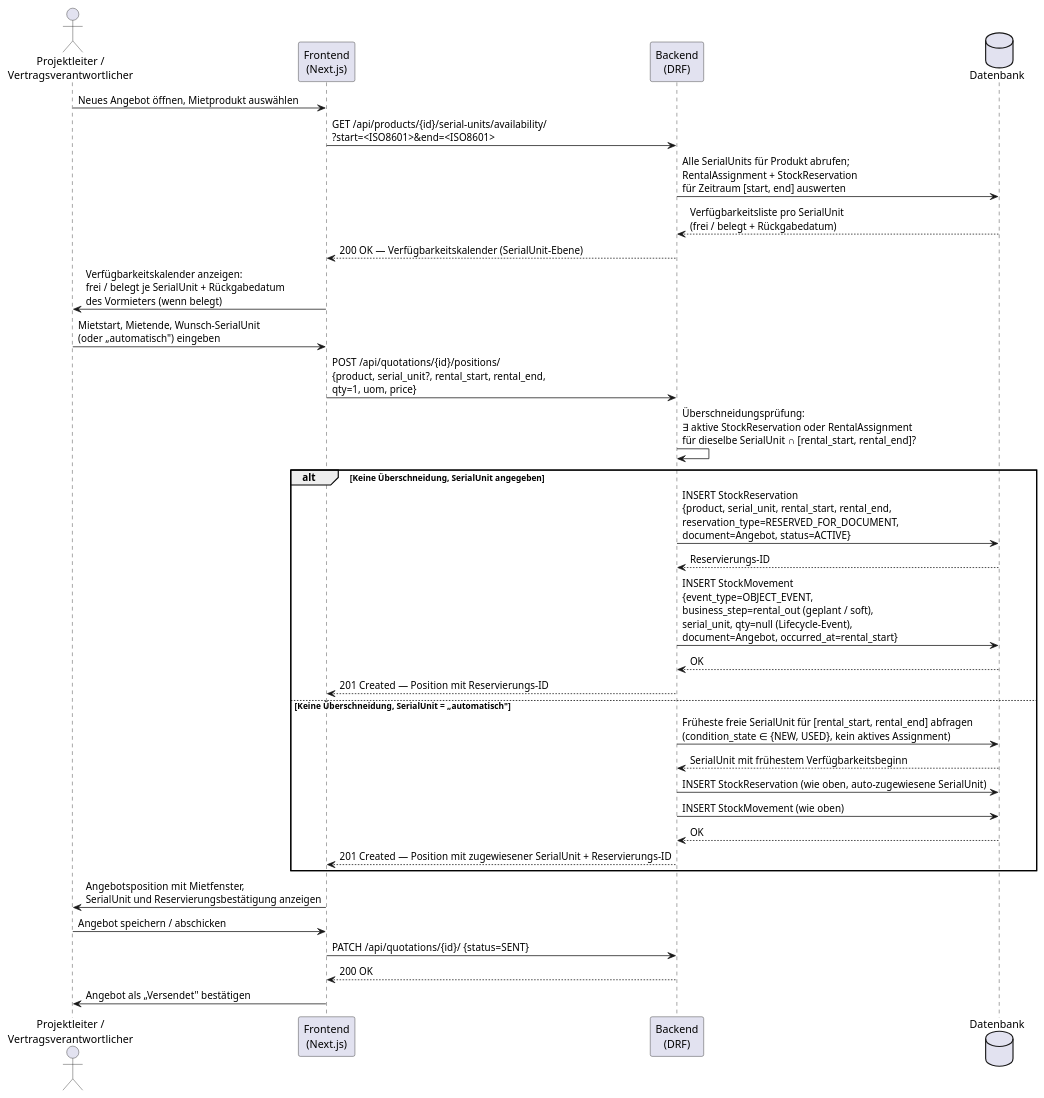
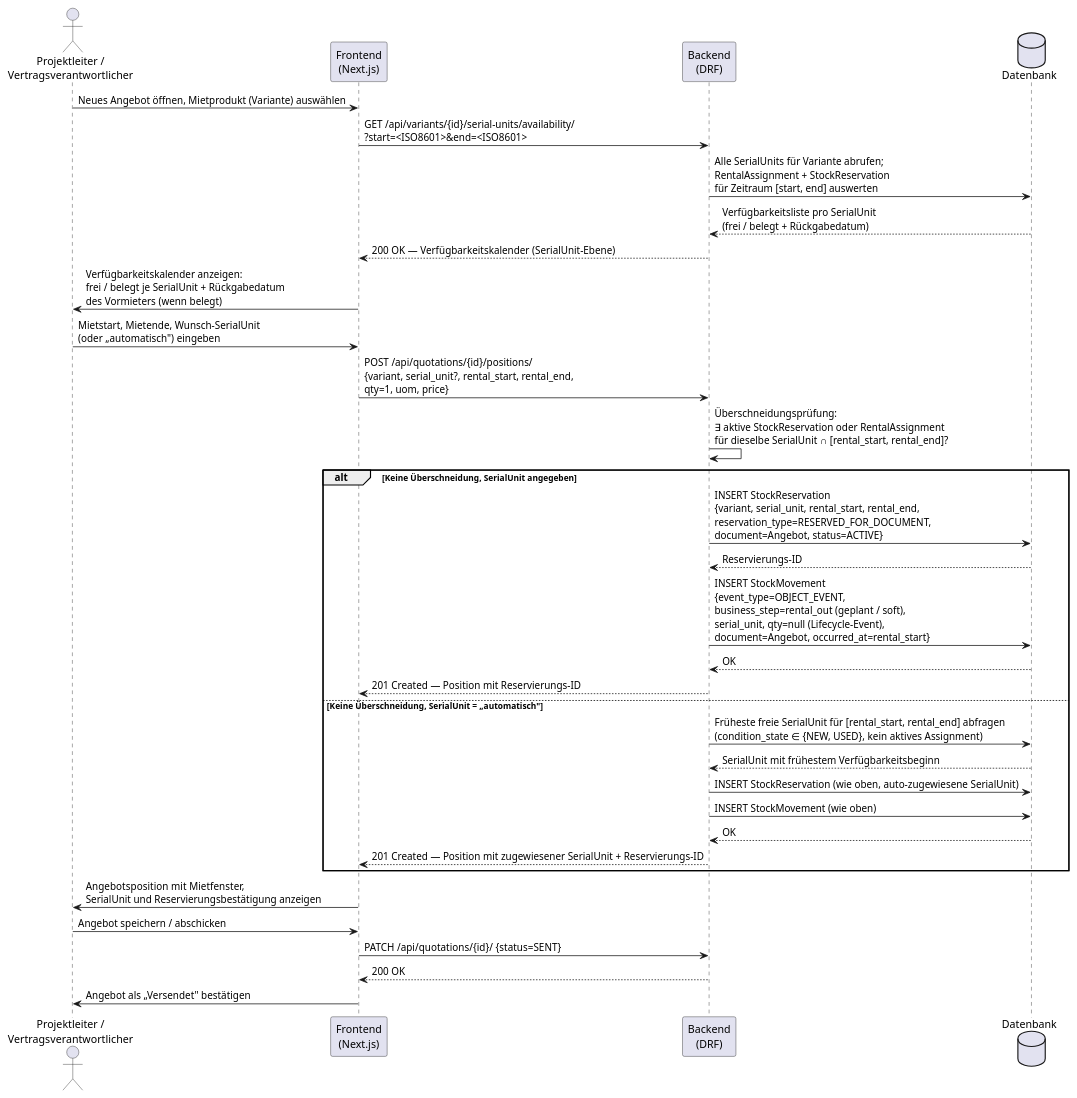
Before and after one commit to KoalixSwitzerland/koalixcrm_system: the diagram in use_cases/use_case_0007.md, drawn with PlantUML. The commit also changed other lines of this file and 21 other files, not shown here.

````diff
--- a/use_cases/use_case_0007.md
+++ b/use_cases/use_case_0007.md
@@ -31,41 +31,41 @@
 ```plantuml
 @startuml UC-0007-Hauptablauf
 actor "Projektleiter /\nVertragsverantwortlicher" as PL
 participant "Frontend\n(Next.js)" as FE
 participant "Backend\n(DRF)" as BE
 database "Datenbank" as DB
 
-PL -> FE : Neues Angebot öffnen, Mietprodukt auswählen
-FE -> BE : GET /api/products/{id}/serial-units/availability/\n?start=<ISO8601>&end=<ISO8601>
-BE -> DB : Alle SerialUnits für Produkt abrufen;\nRentalAssignment + StockReservation\nfür Zeitraum [start, end] auswerten
+PL -> FE : Neues Angebot öffnen, Mietprodukt (Variante) auswählen
+FE -> BE : GET /api/variants/{id}/serial-units/availability/\n?start=<ISO8601>&end=<ISO8601>
+BE -> DB : Alle SerialUnits für Variante abrufen;\nRentalAssignment + StockReservation\nfür Zeitraum [start, end] auswerten
 DB --> BE : Verfügbarkeitsliste pro SerialUnit\n(frei / belegt + Rückgabedatum)
 BE --> FE : 200 OK — Verfügbarkeitskalender (SerialUnit-Ebene)
 
 FE -> PL : Verfügbarkeitskalender anzeigen:\nfrei / belegt je SerialUnit + Rückgabedatum\ndes Vormieters (wenn belegt)
 PL -> FE : Mietstart, Mietende, Wunsch-SerialUnit\n(oder „automatisch") eingeben
 
-FE -> BE : POST /api/quotations/{id}/positions/\n{product, serial_unit?, rental_start, rental_end,\nqty=1, uom, price}
+FE -> BE : POST /api/quotations/{id}/positions/\n{variant, serial_unit?, rental_start, rental_end,\nqty=1, uom, price}
 BE -> BE : Überschneidungsprüfung:\n∃ aktive StockReservation oder RentalAssignment\nfür dieselbe SerialUnit ∩ [rental_start, rental_end]?
 
 alt Keine Überschneidung, SerialUnit angegeben
-    BE -> DB : INSERT StockReservation\n{product, serial_unit, rental_start, rental_end,\nreservation_type=RESERVED_FOR_DOCUMENT,\ndocument=Angebot, status=ACTIVE}
+    BE -> DB : INSERT StockReservation\n{variant, serial_unit, rental_start, rental_end,\nreservation_type=RESERVED_FOR_DOCUMENT,\ndocument=Angebot, status=ACTIVE}
     DB --> BE : Reservierungs-ID
     BE -> DB : INSERT StockMovement\n{event_type=OBJECT_EVENT,\nbusiness_step=rental_out (geplant / soft),\nserial_unit, qty=null (Lifecycle-Event),\ndocument=Angebot, occurred_at=rental_start}
     DB --> BE : OK
     BE --> FE : 201 Created — Position mit Reservierungs-ID
 else Keine Überschneidung, SerialUnit = „automatisch"
     BE -> DB : Früheste freie SerialUnit für [rental_start, rental_end] abfragen\n(condition_state ∈ {NEW, USED}, kein aktives Assignment)
     DB --> BE : SerialUnit mit frühestem Verfügbarkeitsbeginn
     BE -> DB : INSERT StockReservation (wie oben, auto-zugewiesene SerialUnit)
     BE -> DB : INSERT StockMovement (wie oben)
     DB --> BE : OK
     BE --> FE : 201 Created — Position mit zugewiesener SerialUnit + Reservierungs-ID
 end
 
 FE -> PL : Angebotsposition mit Mietfenster,\nSerialUnit und Reservierungsbestätigung anzeigen
 PL -> FE : Angebot speichern / abschicken
 FE -> BE : PATCH /api/quotations/{id}/ {status=SENT}
 BE --> FE : 200 OK
 FE -> PL : Angebot als „Versendet" bestätigen
 @enduml
 ```
````
